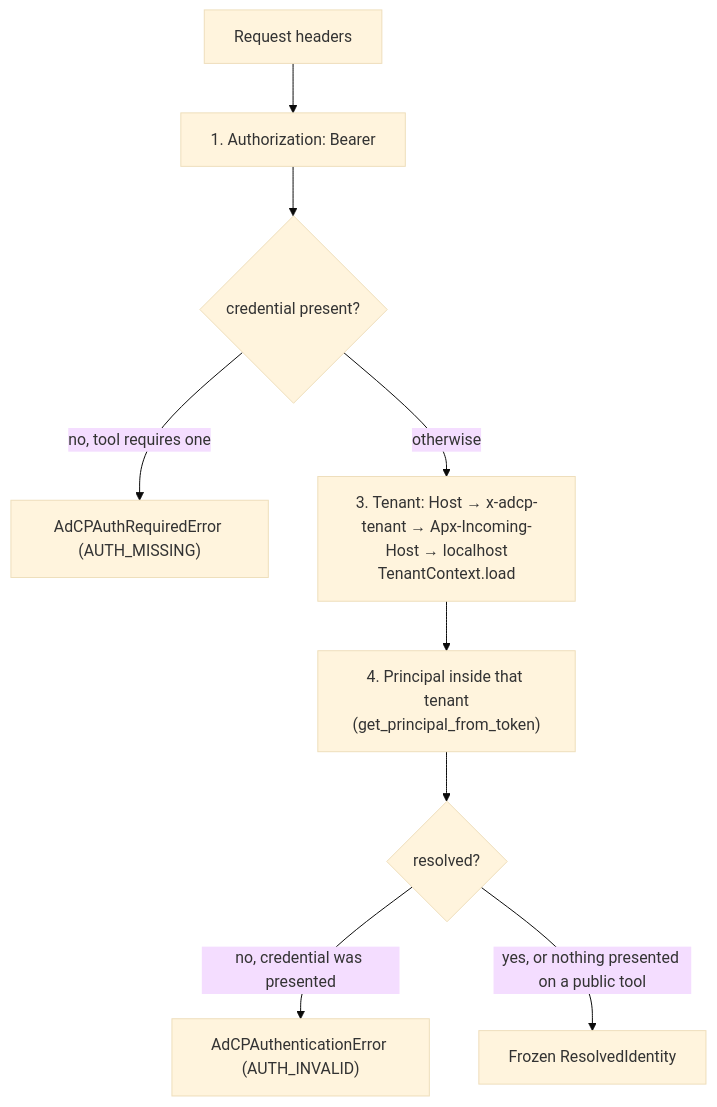
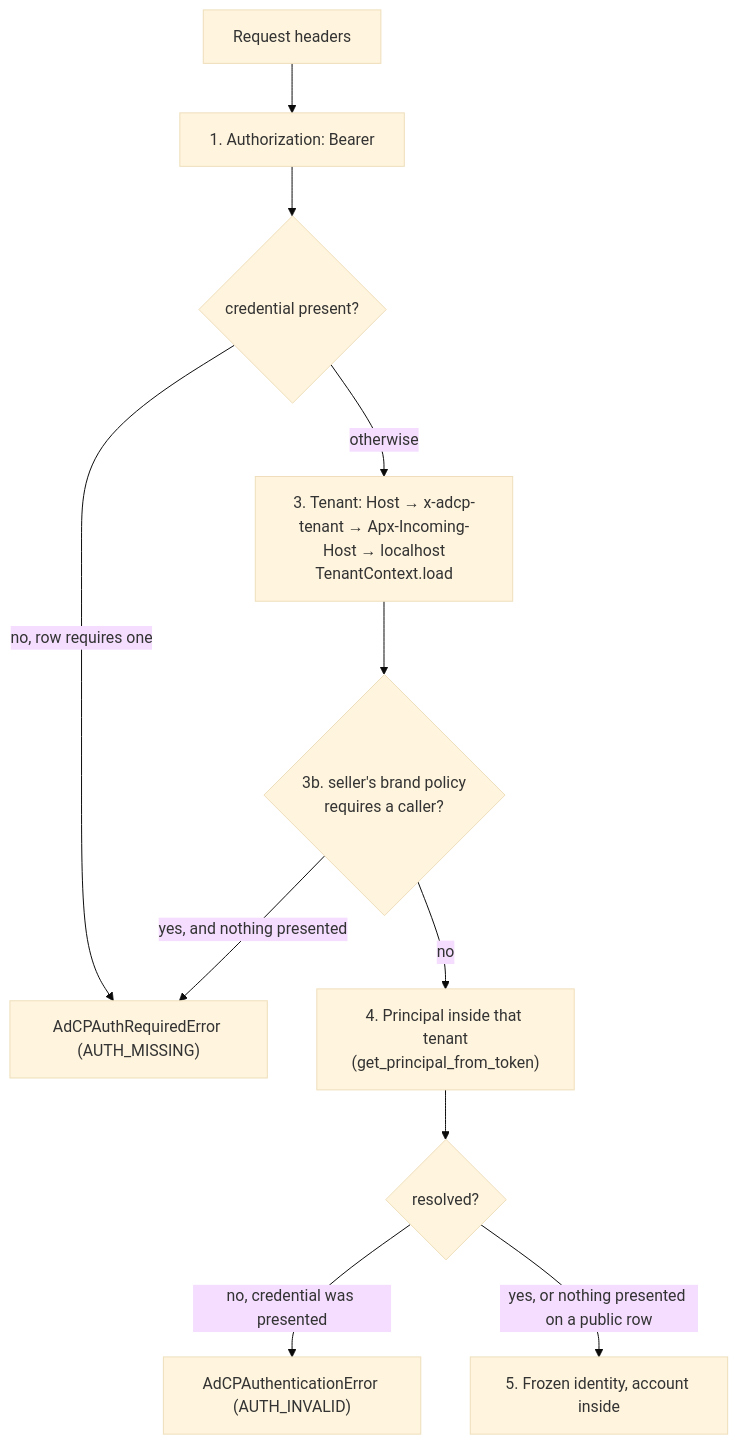
One commit to KonstantinMirin/prebid-salesagent changed the third of 4 diagrams in docs/development/request-lifecycle.md. Above: the diagram before and after it, drawn with Mermaid (base theme). The commit also changed other lines of this file and 43 other files, not shown here.

First line of the commit message:
docs: rewrite the design documentation for the boundary architecture

````diff
--- a/docs/development/request-lifecycle.md
+++ b/docs/development/request-lifecycle.md
@@ -136,11 +378,13 @@
 ```mermaid
 flowchart TD
     hdrs["Request headers"] --> token["1. Authorization: Bearer"]
     token --> missing{"credential present?"}
-    missing -->|"no, tool requires one"| am["AdCPAuthRequiredError (AUTH_MISSING)"]
+    missing -->|"no, row requires one"| am["AdCPAuthRequiredError (AUTH_MISSING)"]
     missing -->|"otherwise"| tenant["3. Tenant: Host → x-adcp-tenant → Apx-Incoming-Host → localhost\nTenantContext.load"]
-    tenant --> principal["4. Principal inside that tenant\n(get_principal_from_token)"]
+    tenant --> policy{"3b. seller's brand policy\nrequires a caller?"}
+    policy -->|"yes, and nothing presented"| am
+    policy -->|"no"| principal["4. Principal inside that tenant\n(get_principal_from_token)"]
     principal --> valid{"resolved?"}
     valid -->|"no, credential was presented"| ai["AdCPAuthenticationError (AUTH_INVALID)"]
-    valid -->|"yes, or nothing presented on a public tool"| rid["Frozen ResolvedIdentity"]
+    valid -->|"yes, or nothing presented on a public row"| rid["5. Frozen identity, account inside"]
 ```
````
